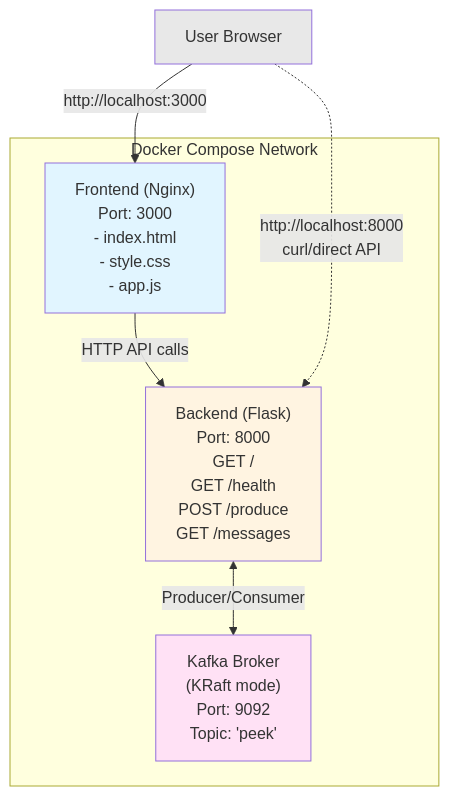
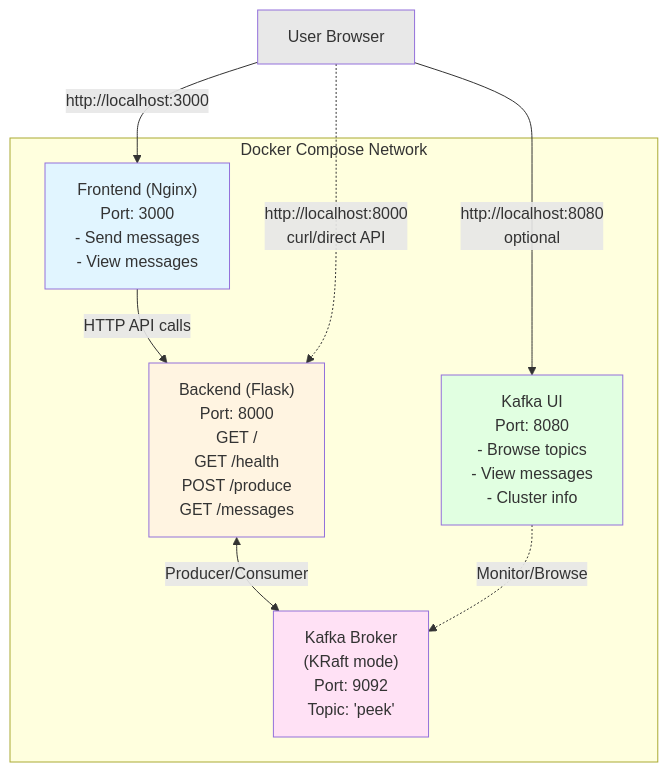
One commit to jturenov/kind changed the diagram in kafka_peek/README.md. Above: the diagram before and after it, drawn with Mermaid. The commit also changed other lines of this file and 4 other files, not shown here.

````diff
--- a/kafka_peek/README.md
+++ b/kafka_peek/README.md
@@ -7,19 +7,23 @@
 ```mermaid
 graph TB
     subgraph "Docker Compose Network"
-        Frontend["Frontend (Nginx)<br/>Port: 3000<br/>- index.html<br/>- style.css<br/>- app.js"]
+        Frontend["Frontend (Nginx)<br/>Port: 3000<br/>- Send messages<br/>- View messages"]
         Backend["Backend (Flask)<br/>Port: 8000<br/>GET /<br/>GET /health<br/>POST /produce<br/>GET /messages"]
         Kafka["Kafka Broker<br/>(KRaft mode)<br/>Port: 9092<br/>Topic: 'peek'"]
+        KafkaUI["Kafka UI<br/>Port: 8080<br/>- Browse topics<br/>- View messages<br/>- Cluster info"]
         
         Frontend -->|HTTP API calls| Backend
         Backend <-->|Producer/Consumer| Kafka
+        KafkaUI -.->|Monitor/Browse| Kafka
     end
     
     User["User Browser"] -->|http://localhost:3000| Frontend
+    User -->|http://localhost:8080<br/>optional| KafkaUI
     User -.->|http://localhost:8000<br/>curl/direct API| Backend
     
     style Frontend fill:#e1f5ff
     style Backend fill:#fff4e1
     style Kafka fill:#ffe1f5
+    style KafkaUI fill:#e1ffe1
     style User fill:#e8e8e8
 ```
````
